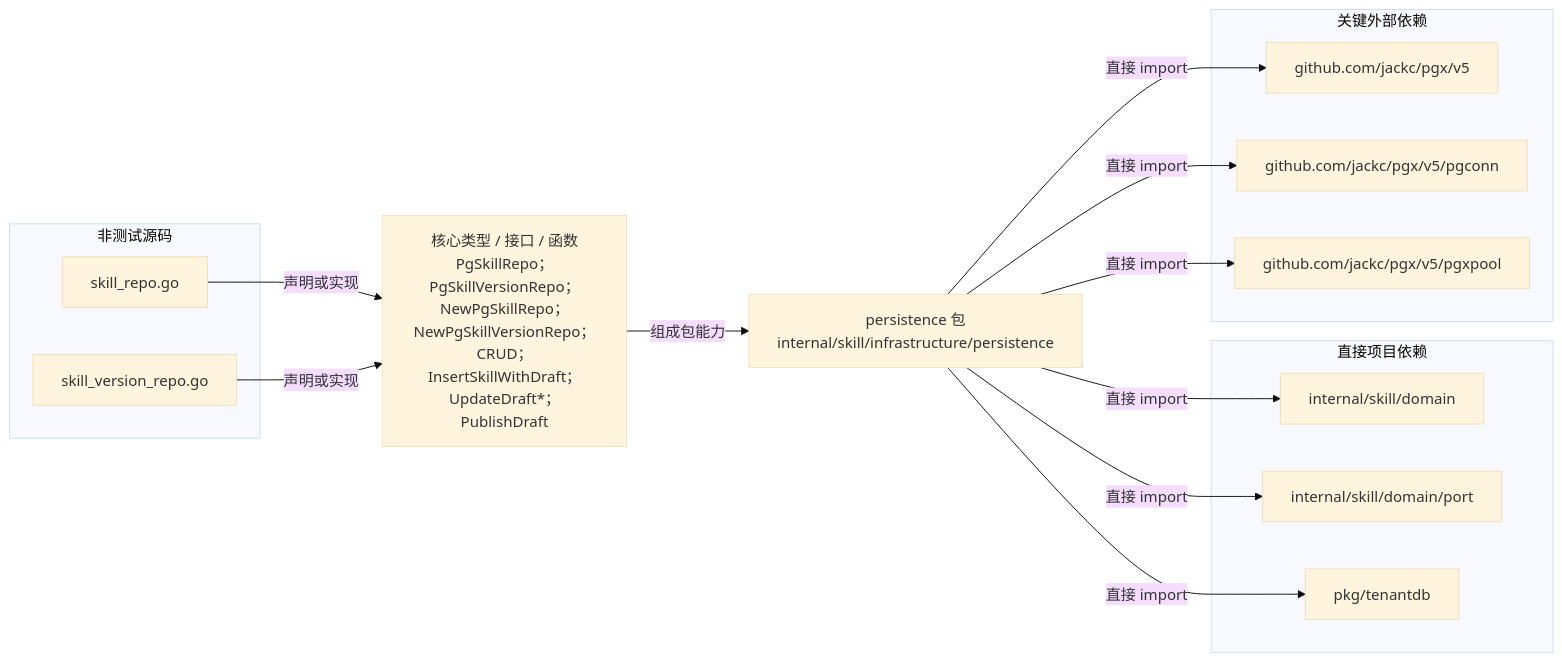
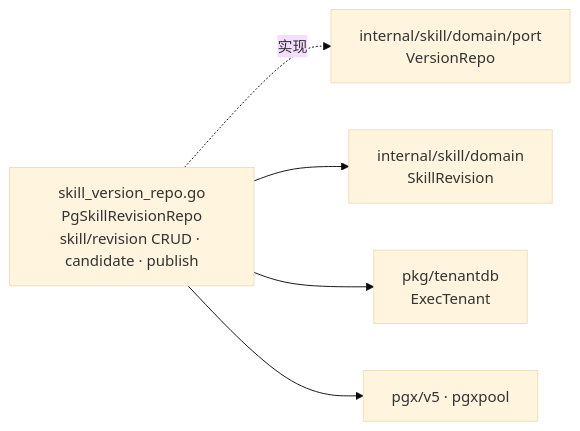
One commit to ArchChuan/Stratum changed the diagram in docs/go-package-architecture/internal-skill-infrastructure-persistence.md. Above: the diagram before and after it, drawn with Mermaid (base theme). The commit also changed other lines of this file and 26 other files, not shown here.

````diff
--- a/docs/go-package-architecture/internal-skill-infrastructure-persistence.md
+++ b/docs/go-package-architecture/internal-skill-infrastructure-persistence.md
@@ -7,28 +7,12 @@
 ```mermaid
 flowchart LR
-  pkg["persistence 包<br/>internal/skill/infrastructure/persistence"]
-  api["核心类型 / 接口 / 函数<br/>PgSkillRepo；PgSkillVersionRepo；NewPgSkillRepo；NewPgSkillVersionRepo；CRUD；InsertSkillWithDraft；UpdateDraft*；PublishDraft"]
-  subgraph source[非测试源码]
-    f0["skill_repo.go"]
-    f1["skill_version_repo.go"]
-  end
-  f0 -->|声明或实现| api
-  f1 -->|声明或实现| api
-  api -->|组成包能力| pkg
-  subgraph projectdeps[直接项目依赖]
-    pd0["internal/skill/domain"]
-    pd1["internal/skill/domain/port"]
-    pd2["pkg/tenantdb"]
-  end
-  pkg -->|直接 import| pd0
-  pkg -->|直接 import| pd1
-  pkg -->|直接 import| pd2
-  subgraph external[关键外部依赖]
-    ex0["github.com/jackc/pgx/v5"]
-    ex1["github.com/jackc/pgx/v5/pgconn"]
-    ex2["github.com/jackc/pgx/v5/pgxpool"]
-  end
-  pkg -->|直接 import| ex0
-  pkg -->|直接 import| ex1
-  pkg -->|直接 import| ex2
+  repo["skill_version_repo.go<br/>PgSkillRevisionRepo<br/>skill/revision CRUD · candidate · publish"]
+  ports["internal/skill/domain/port<br/>VersionRepo"]
+  domain["internal/skill/domain<br/>SkillRevision"]
+  tenantdb["pkg/tenantdb<br/>ExecTenant"]
+  pg["pgx/v5 · pgxpool"]
+  repo -.实现.-> ports
+  repo --> domain
+  repo --> tenantdb
+  repo --> pg
 ```
````
